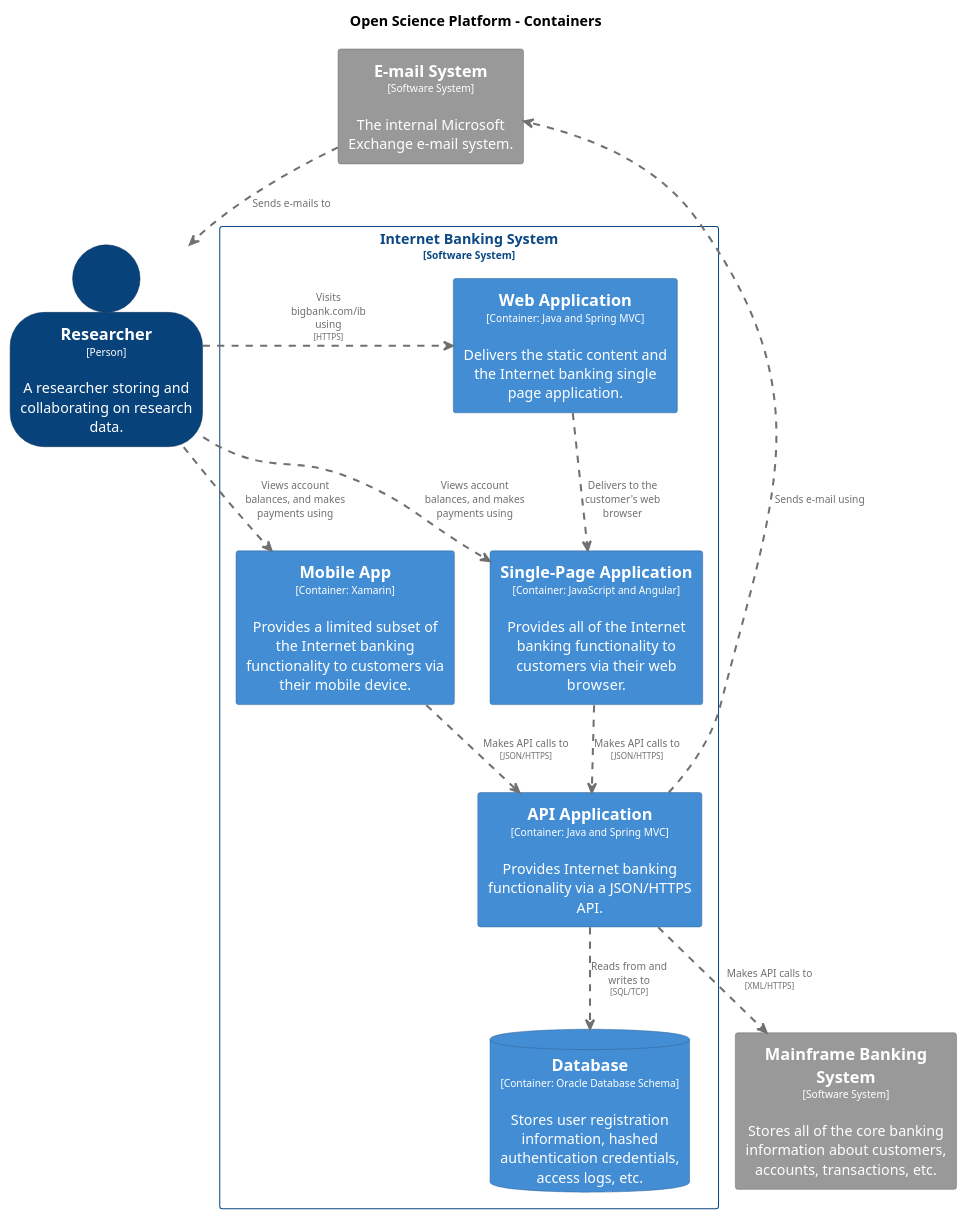
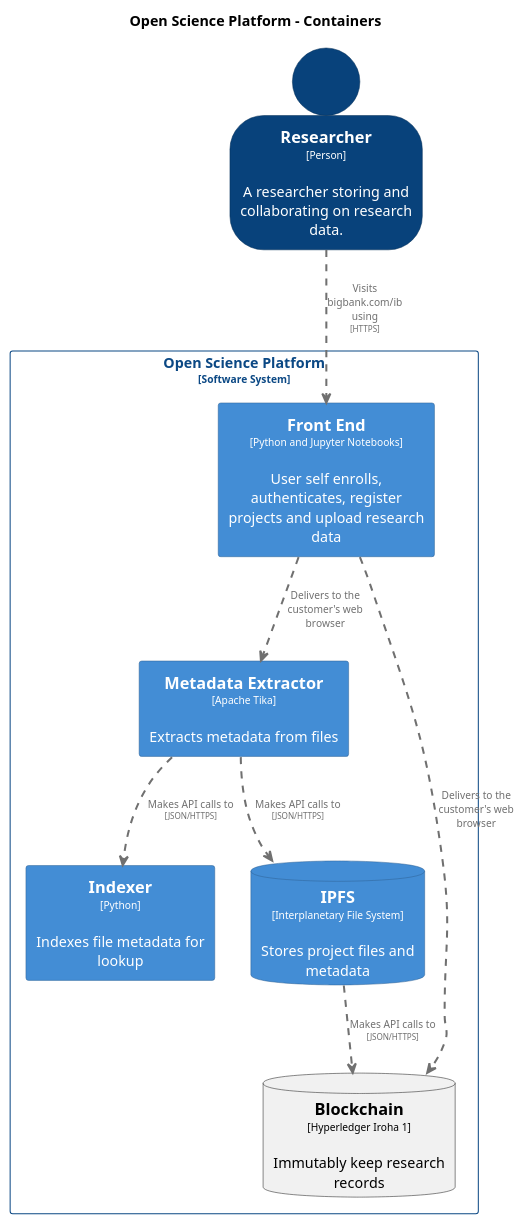
One commit to OliveiraEdu/d-OSP changed the diagram in diagrams/plantUML/container_diagram.wsd. Above: the diagram before and after it, drawn with PlantUML.

Commit message:
updating system diagram

```diff
--- a/diagrams/plantUML/container_diagram.wsd
+++ b/diagrams/plantUML/container_diagram.wsd
@@ -1,92 +1,79 @@
 @startuml
 set separator none
 title Open Science Platform - Containers
 
 top to bottom direction
 
 skinparam {
   arrowFontSize 10
   defaultTextAlignment center
   wrapWidth 200
   maxMessageSize 100
 }
 
 hide stereotype
 
-skinparam rectangle<<InternetBankingSystem.APIApplication>> {
+skinparam rectangle<<OpenSciencePlatform.Indexer>> {
   BackgroundColor #438dd5
   FontColor #ffffff
   BorderColor #2e6295
   shadowing false
 }
-skinparam database<<InternetBankingSystem.Database>> {
+skinparam database<<OpenSciencePlatform.IPFS>> {
   BackgroundColor #438dd5
   FontColor #ffffff
   BorderColor #2e6295
   shadowing false
 }
-skinparam rectangle<<EmailSystem>> {
+skinparam rectangle<<OpenSciencePlatform.Blockchain>> {
   BackgroundColor #999999
   FontColor #ffffff
   BorderColor #6b6b6b
   shadowing false
 }
-skinparam rectangle<<MainframeBankingSystem>> {
-  BackgroundColor #999999
+
+skinparam person<<Researcher>> {
+  BackgroundColor #08427b
   FontColor #ffffff
-  BorderColor #6b6b6b
+  BorderColor #052e56
   shadowing false
 }
-skinparam rectangle<<InternetBankingSystem.MobileApp>> {
+skinparam rectangle<<OpenSciencePlatform.MetadataExtractor>> {
   BackgroundColor #438dd5
   FontColor #ffffff
   BorderColor #2e6295
   shadowing false
 }
-skinparam person<<PersonalBankingCustomer>> {
-  BackgroundColor #08427b
-  FontColor #ffffff
-  BorderColor #052e56
-  shadowing false
-}
-skinparam rectangle<<InternetBankingSystem.SinglePageApplication>> {
+skinparam rectangle<<OpenSciencePlatform.FrontEnd>> {
   BackgroundColor #438dd5
   FontColor #ffffff
   BorderColor #2e6295
   shadowing false
 }
-skinparam rectangle<<InternetBankingSystem.WebApplication>> {
-  BackgroundColor #438dd5
-  FontColor #ffffff
-  BorderColor #2e6295
-  shadowing false
-}
-skinparam rectangle<<InternetBankingSystem>> {
+skinparam rectangle<<OpenSciencePlatform>> {
   BorderColor #0b4884
   FontColor #0b4884
   shadowing false
 }
 
-person "==Researcher\n<size:10>[Person]</size>\n\nA researcher storing and collaborating on research data." <<PersonalBankingCustomer>> as PersonalBankingCustomer
-rectangle "==Mainframe Banking System\n<size:10>[Software System]</size>\n\nStores all of the core banking information about customers, accounts, transactions, etc." <<MainframeBankingSystem>> as MainframeBankingSystem
-rectangle "==E-mail System\n<size:10>[Software System]</size>\n\nThe internal Microsoft Exchange e-mail system." <<EmailSystem>> as EmailSystem
+person "==Researcher\n<size:10>[Person]</size>\n\nA researcher storing and collaborating on research data." <<Researcher>> as Researcher
 
-rectangle "Internet Banking System\n<size:10>[Software System]</size>" <<InternetBankingSystem>> {
-  rectangle "==Web Application\n<size:10>[Container: Java and Spring MVC]</size>\n\nDelivers the static content and the Internet banking single page application." <<InternetBankingSystem.WebApplication>> as InternetBankingSystem.WebApplication
-  rectangle "==API Application\n<size:10>[Container: Java and Spring MVC]</size>\n\nProvides Internet banking functionality via a JSON/HTTPS API." <<InternetBankingSystem.APIApplication>> as InternetBankingSystem.APIApplication
-  database "==Database\n<size:10>[Container: Oracle Database Schema]</size>\n\nStores user registration information, hashed authentication credentials, access logs, etc." <<InternetBankingSystem.Database>> as InternetBankingSystem.Database
-  rectangle "==Single-Page Application\n<size:10>[Container: JavaScript and Angular]</size>\n\nProvides all of the Internet banking functionality to customers via their web browser." <<InternetBankingSystem.SinglePageApplication>> as InternetBankingSystem.SinglePageApplication
-  rectangle "==Mobile App\n<size:10>[Container: Xamarin]</size>\n\nProvides a limited subset of the Internet banking functionality to customers via their mobile device." <<InternetBankingSystem.MobileApp>> as InternetBankingSystem.MobileApp
+rectangle "Open Science Platform\n<size:10>[Software System]</size>" <<OpenSciencePlatform>> {
+  rectangle "==Front End\n<size:10>[Python and Jupyter Notebooks]</size>\n\nUser self enrolls, authenticates, register projects and upload research data " <<OpenSciencePlatform.FrontEnd>> as OpenSciencePlatform.FrontEnd
+  rectangle "==Indexer\n<size:10>[Python]</size>\n\nIndexes file metadata for lookup" <<OpenSciencePlatform.Indexer>> as OpenSciencePlatform.Indexer
+  database "==IPFS\n<size:10>[Interplanetary File System]</size>\n\nStores project files and metadata" <<OpenSciencePlatform.IPFS>> as OpenSciencePlatform.IPFS
+  rectangle "==Metadata Extractor\n<size:10>[Apache Tika]</size>\n\nExtracts metadata from files" <<OpenSciencePlatform.MetadataExtractor>> as OpenSciencePlatform.MetadataExtractor
+  database "==Blockchain\n<size:10>[Hyperledger Iroha 1]</size>\n\nImmutably keep research records" <<OpenSciencePlatform.Blockchain>> as OpenSciencePlatform.Blockchain
+  
+  
 }
 
-EmailSystem .[#707070,thickness=2].> PersonalBankingCustomer : "<color:#707070>Sends e-mails to"
-PersonalBankingCustomer .[#707070,thickness=2].> InternetBankingSystem.WebApplication : "<color:#707070>Visits bigbank.com/ib using\n<color:#707070><size:8>[HTTPS]</size>"
-PersonalBankingCustomer .[#707070,thickness=2].> InternetBankingSystem.SinglePageApplication : "<color:#707070>Views account balances, and makes payments using"
-PersonalBankingCustomer .[#707070,thickness=2].> InternetBankingSystem.MobileApp : "<color:#707070>Views account balances, and makes payments using"
-InternetBankingSystem.WebApplication .[#707070,thickness=2].> InternetBankingSystem.SinglePageApplication : "<color:#707070>Delivers to the customer's web browser"
-InternetBankingSystem.SinglePageApplication .[#707070,thickness=2].> InternetBankingSystem.APIApplication : "<color:#707070>Makes API calls to\n<color:#707070><size:8>[JSON/HTTPS]</size>"
-InternetBankingSystem.MobileApp .[#707070,thickness=2].> InternetBankingSystem.APIApplication : "<color:#707070>Makes API calls to\n<color:#707070><size:8>[JSON/HTTPS]</size>"
-InternetBankingSystem.APIApplication .[#707070,thickness=2].> InternetBankingSystem.Database : "<color:#707070>Reads from and writes to\n<color:#707070><size:8>[SQL/TCP]</size>"
-InternetBankingSystem.APIApplication .[#707070,thickness=2].> MainframeBankingSystem : "<color:#707070>Makes API calls to\n<color:#707070><size:8>[XML/HTTPS]</size>"
-InternetBankingSystem.APIApplication .[#707070,thickness=2].> EmailSystem : "<color:#707070>Sends e-mail using"
+
+Researcher .[#707070,thickness=2].> OpenSciencePlatform.FrontEnd : "<color:#707070>Visits bigbank.com/ib using\n<color:#707070><size:8>[HTTPS]</size>"
+OpenSciencePlatform.FrontEnd .[#707070,thickness=2].> OpenSciencePlatform.MetadataExtractor : "<color:#707070>Delivers to the customer's web browser"
+OpenSciencePlatform.FrontEnd .[#707070,thickness=2].> OpenSciencePlatform.Blockchain : "<color:#707070>Delivers to the customer's web browser"
+OpenSciencePlatform.MetadataExtractor .[#707070,thickness=2].> OpenSciencePlatform.Indexer : "<color:#707070>Makes API calls to\n<color:#707070><size:8>[JSON/HTTPS]</size>"
+OpenSciencePlatform.MetadataExtractor .[#707070,thickness=2].> OpenSciencePlatform.IPFS : "<color:#707070>Makes API calls to\n<color:#707070><size:8>[JSON/HTTPS]</size>"
+OpenSciencePlatform.IPFS .[#707070,thickness=2].> OpenSciencePlatform.Blockchain : "<color:#707070>Makes API calls to\n<color:#707070><size:8>[JSON/HTTPS]</size>"
+
 @enduml
```
